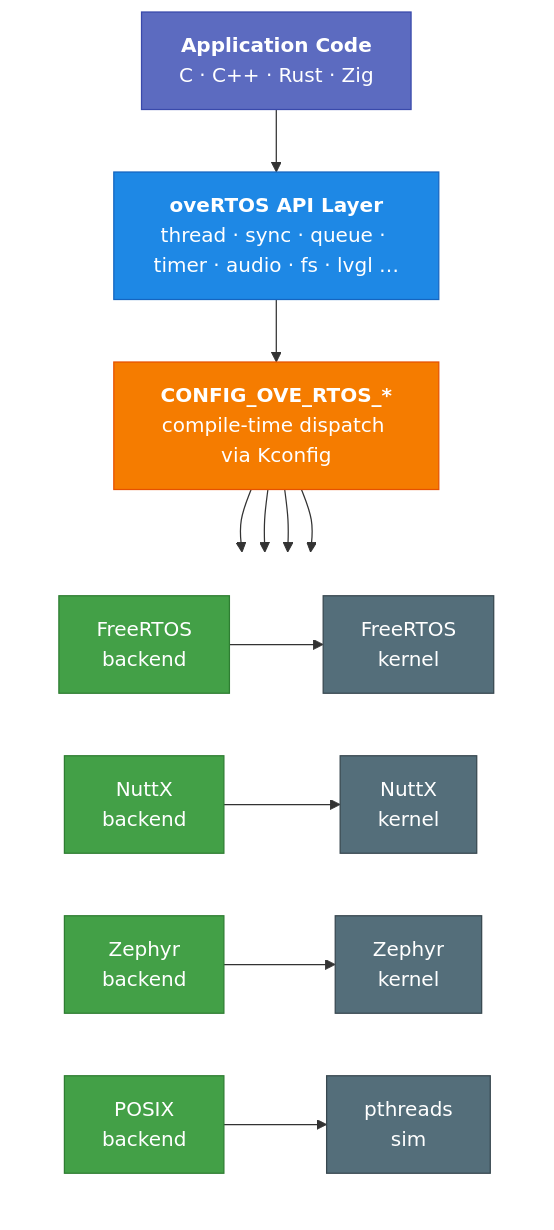
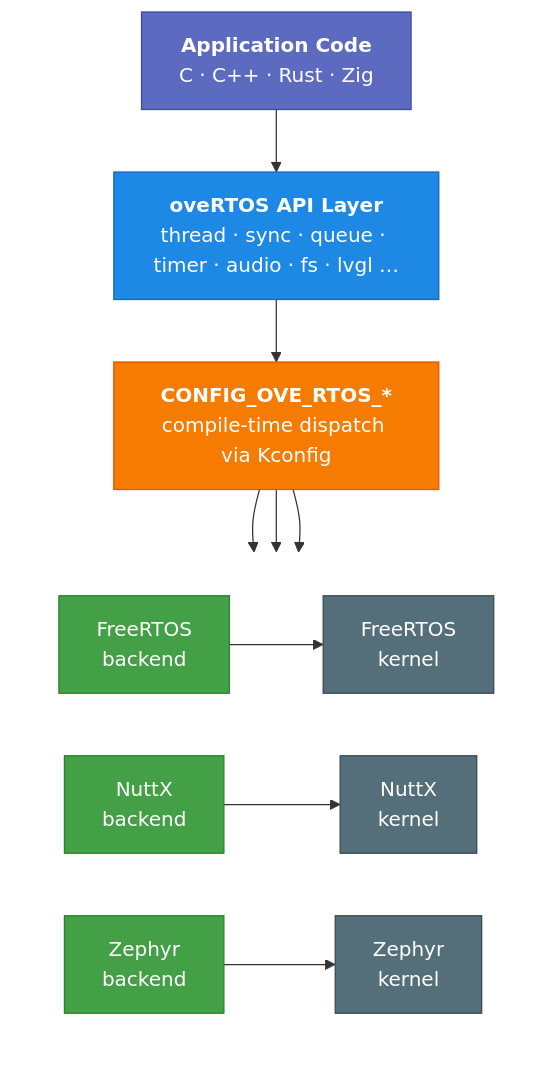
One commit to Varcain/oveRTOS changed the diagram in docs-site/docs/getting-started/overview.md. Above: the diagram before and after it, drawn with Mermaid. The commit also changed other lines of this file and 65 other files, not shown here.

````diff
--- a/docs-site/docs/getting-started/overview.md
+++ b/docs-site/docs/getting-started/overview.md
@@ -5,31 +5,28 @@
 ```mermaid
 flowchart TD
     A["<b>Application Code</b><br>C · C++ · Rust · Zig"]
     B["<b>oveRTOS API Layer</b><br>thread · sync · queue · timer · audio · fs · lvgl …"]
     C["<b>CONFIG_OVE_RTOS_*</b><br>compile-time dispatch via Kconfig"]
 
     A --> B --> C
 
-    C --> D & E & F & G
+    C --> D & E & F
 
     subgraph backends [" "]
         direction LR
         D["FreeRTOS<br>backend"] --> H["FreeRTOS<br>kernel"]
         E["NuttX<br>backend"] --> I["NuttX<br>kernel"]
         F["Zephyr<br>backend"] --> J["Zephyr<br>kernel"]
-        G["POSIX<br>backend"] --> K["pthreads<br>sim"]
     end
 
     style A fill:#5c6bc0,stroke:#3949ab,color:#fff
     style B fill:#1e88e5,stroke:#1565c0,color:#fff
     style C fill:#f57c00,stroke:#e65100,color:#fff
     style D fill:#43a047,stroke:#2e7d32,color:#fff
     style E fill:#43a047,stroke:#2e7d32,color:#fff
     style F fill:#43a047,stroke:#2e7d32,color:#fff
-    style G fill:#43a047,stroke:#2e7d32,color:#fff
     style H fill:#546e7a,stroke:#37474f,color:#fff
     style I fill:#546e7a,stroke:#37474f,color:#fff
     style J fill:#546e7a,stroke:#37474f,color:#fff
-    style K fill:#546e7a,stroke:#37474f,color:#fff
     style backends fill:none,stroke:none
 ```
````
